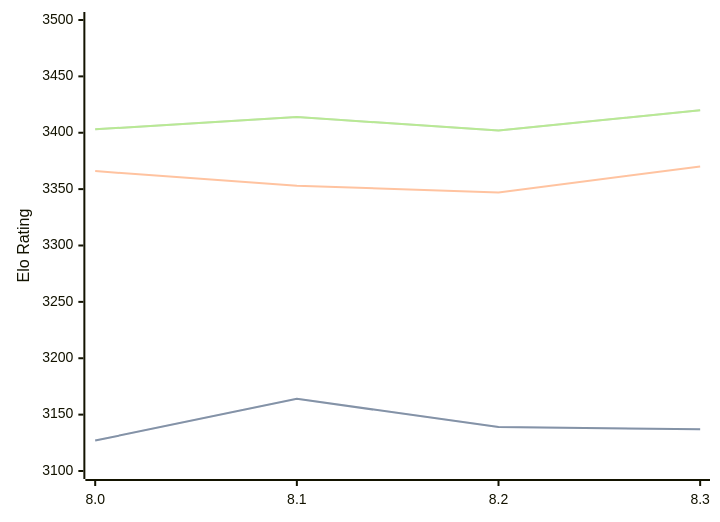
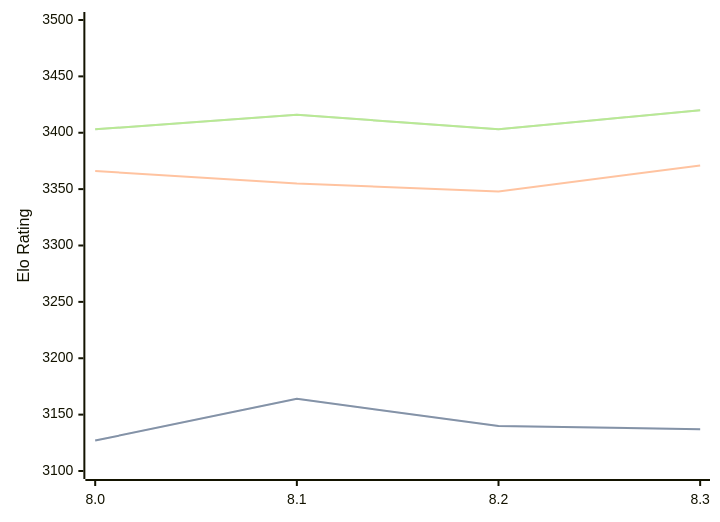
Before and after one commit to computer-chess-index/cci: the diagram in engines/Alexander.md, drawn with Mermaid. The commit also changed other lines of this file, not shown here.

Commit message:
Update CCI Ratings (ELO VLTC) - 2026-05-22

````diff
--- a/engines/Alexander.md
+++ b/engines/Alexander.md
@@ -48,11 +48,11 @@
 ```mermaid
 %%{init: {"theme":"base","themeVariables":{"seriesColors:['#a3a3a3','#222221','#faa371']}}}%%
 xychart-beta
   x-axis ["8.0", "8.1", "8.2", "8.3"]
   y-axis "Elo Rating" 3100 --> 3500
-  line "STC (8.0+0.08s)" [3127, 3164, 3139, 3137]
-  line "STC (8.0+0.08s)" [3127, 3164, 3139, 3137]
-  line "LTC (60.0+0.60s)" [3366, 3353, 3347, 3370]
-  line "VLTC (2m24s+1.12s)" [3403, 3414, 3402, 3420]
-  line "VLTC (2m24s+1.12s)" [3403, 3414, 3402, 3420]
+  line "STC (8.0+0.08s)" [3127, 3164, 3140, 3137]
+  line "STC (8.0+0.08s)" [3127, 3164, 3140, 3137]
+  line "LTC (60.0+0.60s)" [3366, 3355, 3348, 3371]
+  line "VLTC (2m24s+1.12s)" [3403, 3416, 3403, 3420]
+  line "VLTC (2m24s+1.12s)" [3403, 3416, 3403, 3420]
 ```
````
